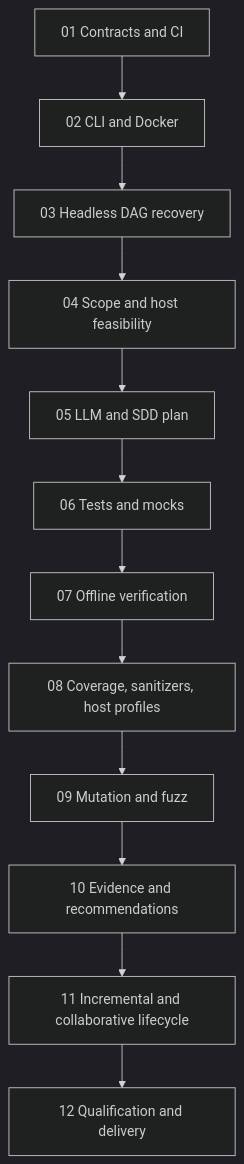
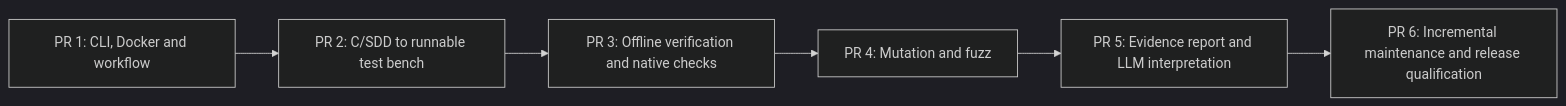
One commit to aradenac/utest-machinery changed the diagram in docs/plan/implementation.md. Above: the diagram before and after it, drawn with Mermaid (dark theme). The commit also changed other lines of this file, not shown here.

````diff
--- a/docs/plan/implementation.md
+++ b/docs/plan/implementation.md
@@ -5,14 +5,8 @@
 ```mermaid
-flowchart TD
-  A["01 Contracts and CI"] --> B["02 CLI and Docker"]
-  B --> C["03 Headless DAG recovery"]
-  C --> D["04 Scope and host feasibility"]
-  D --> E["05 LLM and SDD plan"]
-  E --> F["06 Tests and mocks"]
-  F --> G["07 Offline verification"]
-  G --> H["08 Coverage, sanitizers, host profiles"]
-  H --> I["09 Mutation and fuzz"]
-  I --> J["10 Evidence and recommendations"]
-  J --> K["11 Incremental and collaborative lifecycle"]
-  K --> L["12 Qualification and delivery"]
+flowchart LR
+  A["PR 1: CLI, Docker and workflow"] --> B["PR 2: C/SDD to runnable test bench"]
+  B --> C["PR 3: Offline verification and native checks"]
+  C --> D["PR 4: Mutation and fuzz"]
+  D --> E["PR 5: Evidence report and LLM interpretation"]
+  E --> F["PR 6: Incremental maintenance and release qualification"]
 ```
````
